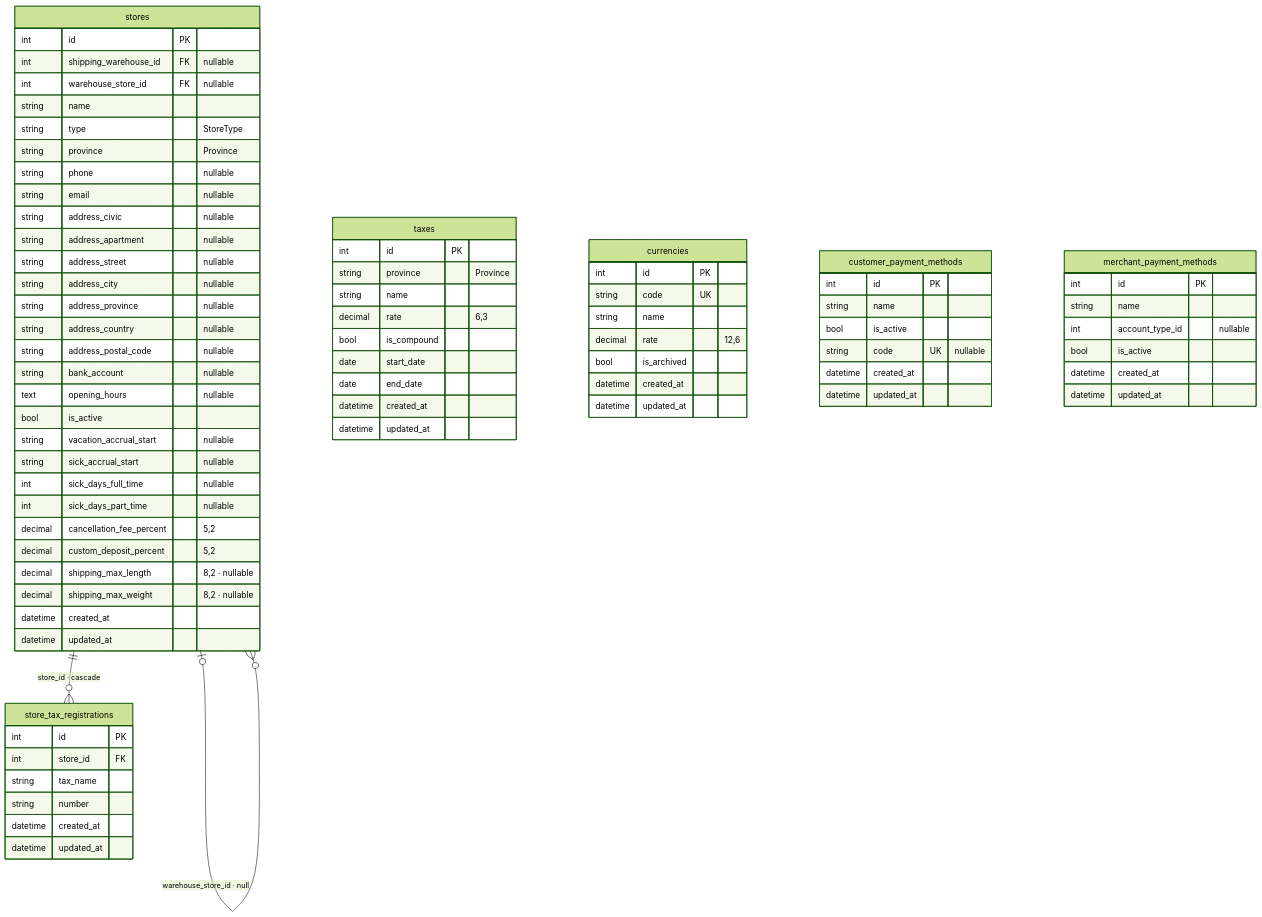
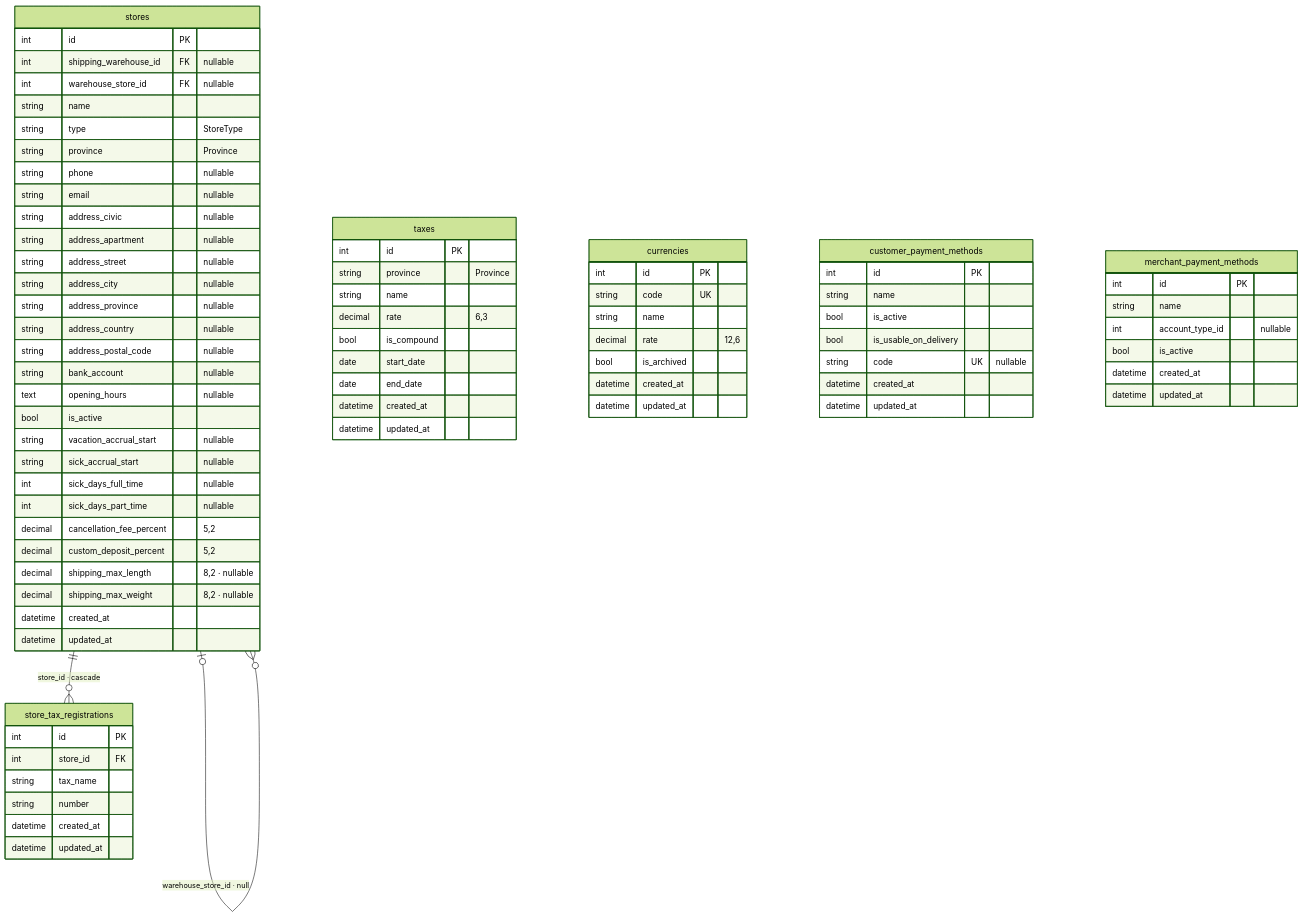
The tenth of 10 diagrams in dkor/docs/data-model.md (sebastienmarley/dkorpos), drawn with Mermaid (forest theme) before and after one commit. The commit also changed other lines of this file and 23 other files, not shown here.

````diff
--- a/dkor/docs/data-model.md
+++ b/dkor/docs/data-model.md
@@ -1244,80 +1254,81 @@
 ```mermaid
 erDiagram
     stores |o--o{ stores : "shipping_warehouse_id · null"
     stores |o--o{ stores : "warehouse_store_id · null"
     stores ||--o{ store_tax_registrations : "store_id · cascade"
     stores {
         int id PK
         int shipping_warehouse_id FK "nullable"
         int warehouse_store_id FK "nullable"
         string name
         string type "StoreType"
         string province "Province"
         string phone "nullable"
         string email "nullable"
         string address_civic "nullable"
         string address_apartment "nullable"
         string address_street "nullable"
         string address_city "nullable"
         string address_province "nullable"
         string address_country "nullable"
         string address_postal_code "nullable"
         string bank_account "nullable"
         text opening_hours "nullable"
         bool is_active
         string vacation_accrual_start "nullable"
         string sick_accrual_start "nullable"
         int sick_days_full_time "nullable"
         int sick_days_part_time "nullable"
         decimal cancellation_fee_percent "5,2"
         decimal custom_deposit_percent "5,2"
         decimal shipping_max_length "8,2 · nullable"
         decimal shipping_max_weight "8,2 · nullable"
         datetime created_at
         datetime updated_at
     }
     store_tax_registrations {
         int id PK
         int store_id FK
         string tax_name
         string number
         datetime created_at
         datetime updated_at
     }
     taxes {
         int id PK
         string province "Province"
         string name
         decimal rate "6,3"
         bool is_compound
         date start_date
         date end_date
         datetime created_at
         datetime updated_at
     }
     currencies {
         int id PK
         string code UK
         string name
         decimal rate "12,6"
         bool is_archived
         datetime created_at
         datetime updated_at
     }
     customer_payment_methods {
         int id PK
         string name
         bool is_active
+        bool is_usable_on_delivery
         string code UK "nullable"
         datetime created_at
         datetime updated_at
     }
     merchant_payment_methods {
         int id PK
         string name
         int account_type_id "nullable"
         bool is_active
         datetime created_at
         datetime updated_at
     }
 ```
````
